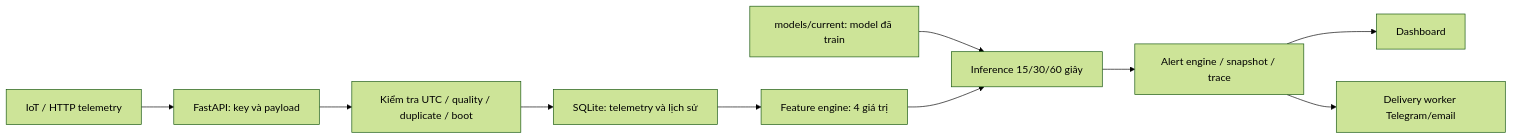
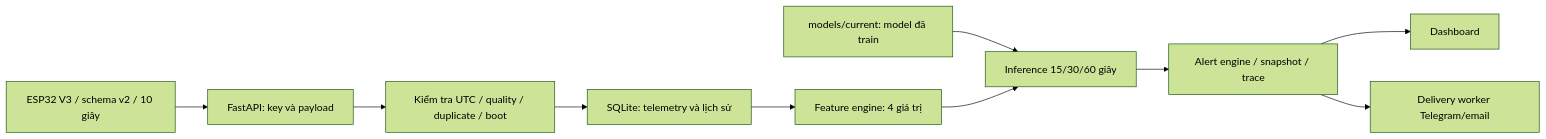
One commit to hanngocdinh/NCKH-KT changed the diagram in docs/ARCHITECTURE.md. Above: the diagram before and after it, drawn with Mermaid (forest theme). The commit also changed other lines of this file and 8 other files, not shown here.

````diff
--- a/docs/ARCHITECTURE.md
+++ b/docs/ARCHITECTURE.md
@@ -3,12 +3,12 @@
 ```mermaid
 flowchart LR
-    A[IoT / HTTP telemetry] --> B[FastAPI: key và payload]
+    A[ESP32 V3 / schema v2 / 10 giây] --> B[FastAPI: key và payload]
     B --> C[Kiểm tra UTC / quality / duplicate / boot]
     C --> D[SQLite: telemetry và lịch sử]
     D --> E[Feature engine: 4 giá trị]
     F[models/current: model đã train] --> G[Inference 15/30/60 giây]
     E --> G
     G --> H[Alert engine / snapshot / trace]
     H --> I[Dashboard]
     H --> J[Delivery worker Telegram/email]
 ```
````
